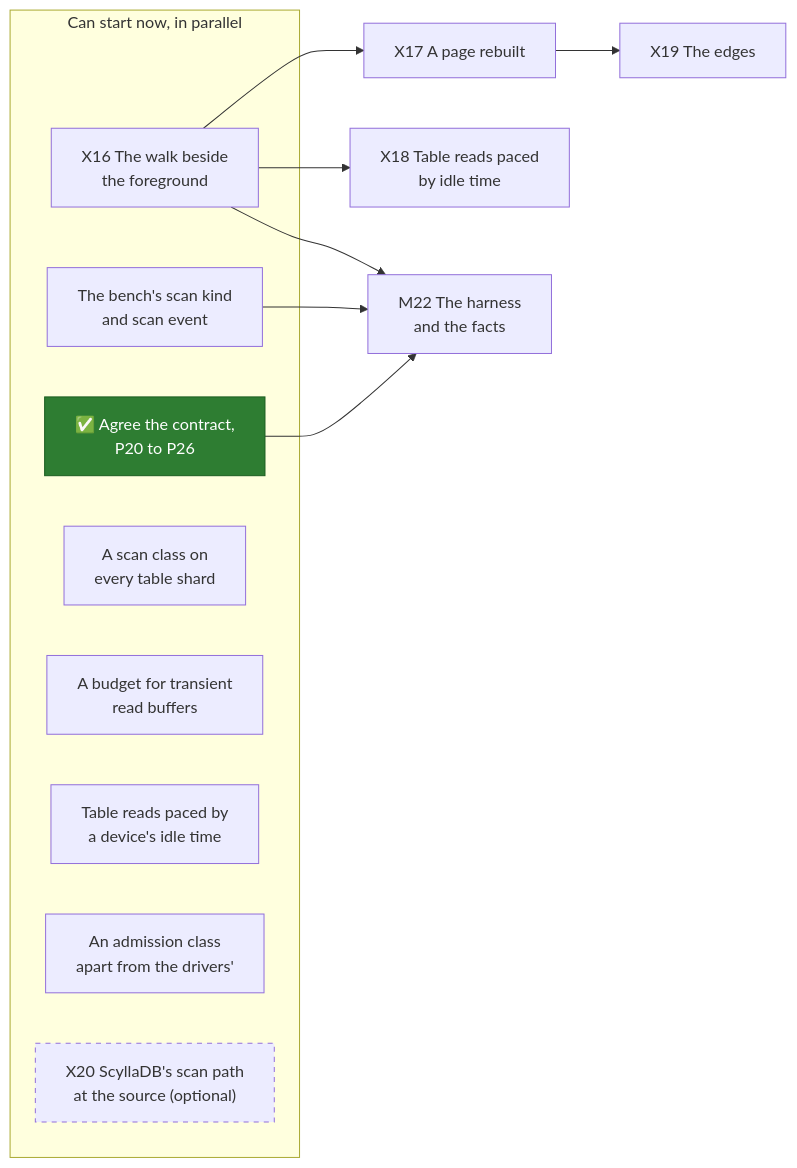
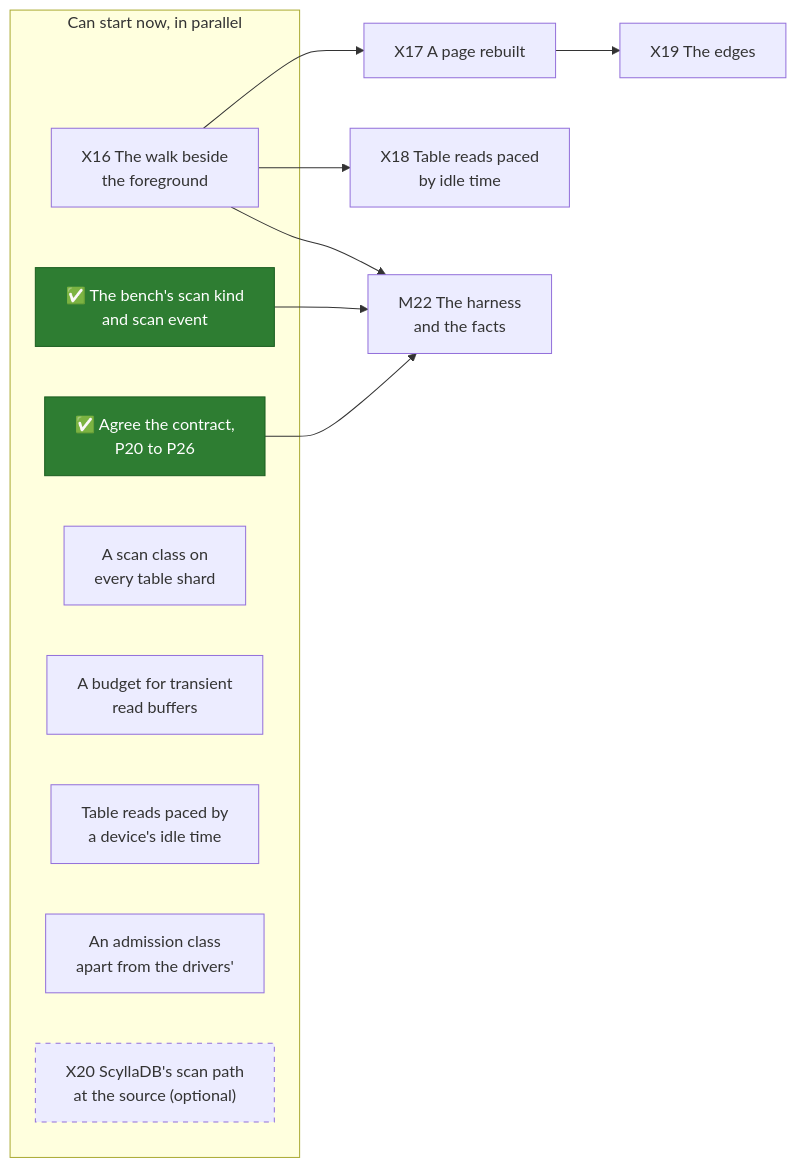
The first of 2 diagrams in docs/src/future-work/scans/whats-left-todo.md (mjcarson/shoal), drawn with Mermaid before and after one commit. The commit also changed other lines of this file and 17 other files, not shown here.

First line of the commit message:
feat(bench): the bench's scan kind and scan event (F115)

````diff
--- a/docs/src/future-work/scans/whats-left-todo.md
+++ b/docs/src/future-work/scans/whats-left-todo.md
@@ -28,25 +28,25 @@
 ```mermaid
 flowchart LR
     classDef done fill:#2e7d32,stroke:#1b5e20,color:#ffffff
     classDef optional stroke-dasharray: 5 5
     subgraph now["Can start now, in parallel"]
         Contract["✅ Agree the contract,<br>P20 to P26"]:::done
         X16["X16 The walk beside<br>the foreground"]
-        Bench["The bench's scan kind<br>and scan event"]
+        Bench["✅ The bench's scan kind<br>and scan event"]:::done
         Class["A scan class on<br>every table shard"]
         Budget["A budget for transient<br>read buffers"]
         Pace["Table reads paced by<br>a device's idle time"]
         Admit["An admission class<br>apart from the drivers'"]
         X20["X20 ScyllaDB's scan path<br>at the source (optional)"]:::optional
     end
     X17["X17 A page rebuilt"]
     X18["X18 Table reads paced<br>by idle time"]
     X19["X19 The edges"]
     M22["M22 The harness<br>and the facts"]
     X16 --> X17
     X16 --> X18
     X17 --> X19
     Contract --> M22
     Bench --> M22
     X16 --> M22
 ```
````
